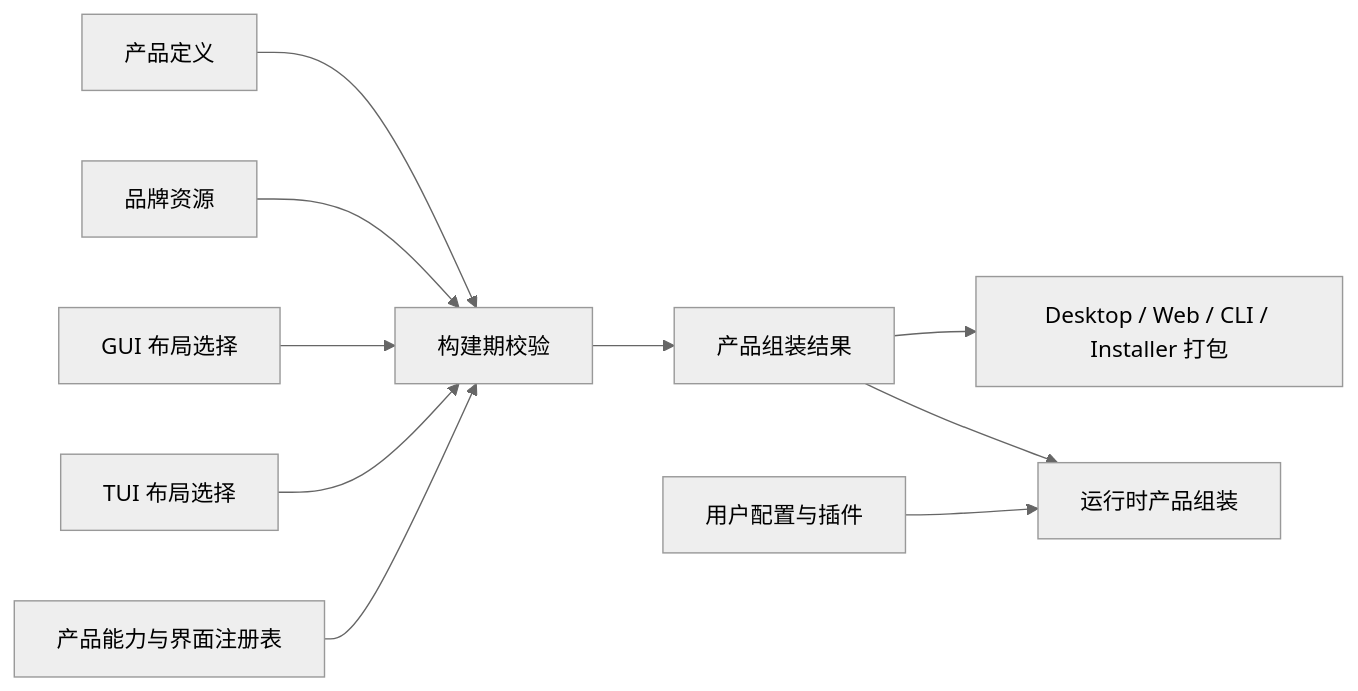
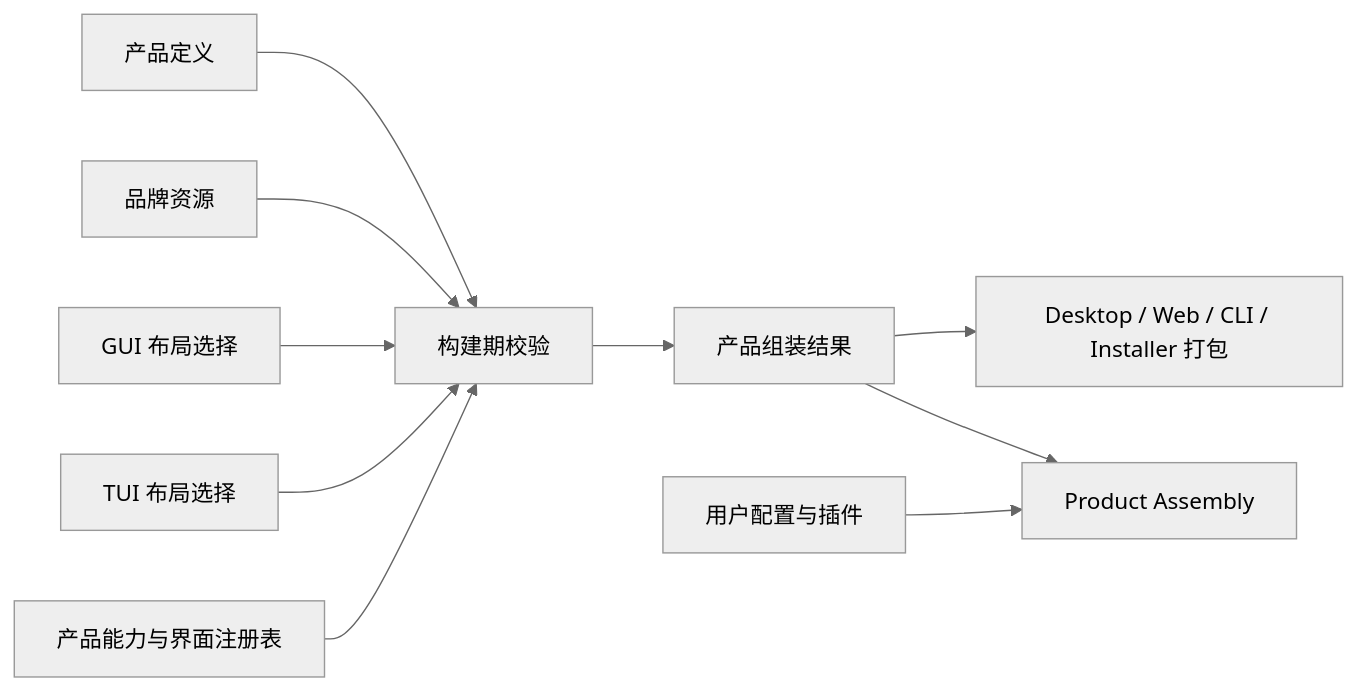
One commit to 1688mengdie/BitFun changed the diagram in docs/architecture/product-customization-blueprint.md. Above: the diagram before and after it, drawn with Mermaid (neutral theme). The commit also changed other lines of this file and 61 other files, not shown here.

````diff
--- a/docs/architecture/product-customization-blueprint.md
+++ b/docs/architecture/product-customization-blueprint.md
@@ -44,12 +44,12 @@
 ```mermaid
 flowchart LR
   Product["产品定义"] --> Validate["构建期校验"]
   Brand["品牌资源"] --> Validate
   Gui["GUI 布局选择"] --> Validate
   Tui["TUI 布局选择"] --> Validate
   Registry["产品能力与界面注册表"] --> Validate
   Validate --> Result["产品组装结果"]
   Result --> Package["Desktop / Web / CLI / Installer 打包"]
-  Result --> Runtime["运行时产品组装"]
+  Result --> Runtime["Product Assembly"]
   User["用户配置与插件"] --> Runtime
 ```
````
